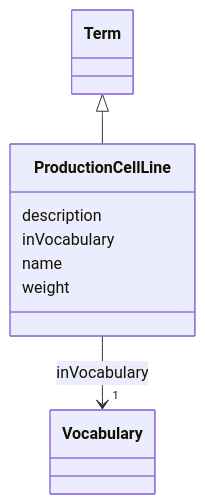
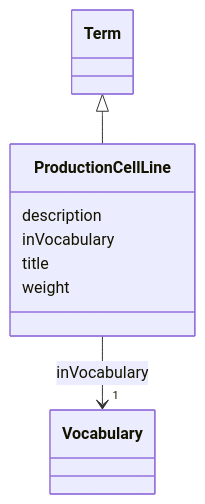
One commit to EVORA-project/evora-ontology changed the diagram in models/docs/ProductionCellLine.md. Above: the diagram before and after it, drawn with Mermaid. The commit also changed other lines of this file and 435 other files, not shown here.

````diff
--- a/models/docs/ProductionCellLine.md
+++ b/models/docs/ProductionCellLine.md
@@ -19,24 +19,24 @@
 ```mermaid
  classDiagram
     class ProductionCellLine
     click ProductionCellLine href "../ProductionCellLine"
       Term <|-- ProductionCellLine
         click Term href "../Term"
       
       ProductionCellLine : description
         
       ProductionCellLine : inVocabulary
         
           
     
     
     ProductionCellLine --> "1" Vocabulary : inVocabulary
     click Vocabulary href "../Vocabulary"
 
         
-      ProductionCellLine : name
+      ProductionCellLine : title
         
       ProductionCellLine : weight
         
       
 ```
````
